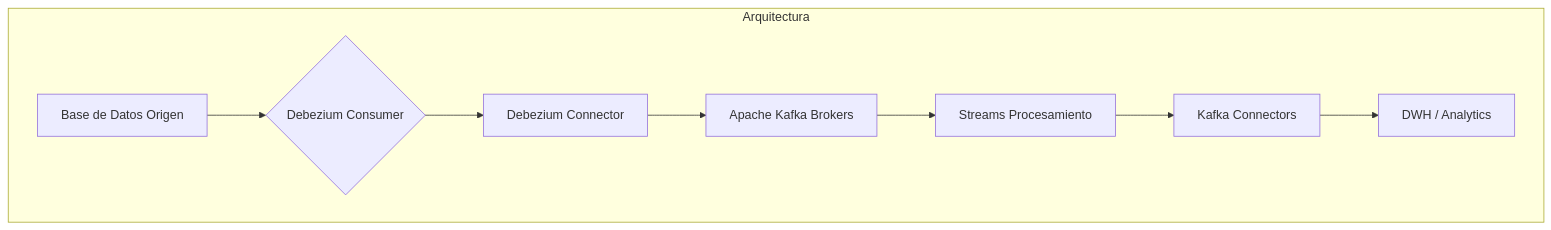
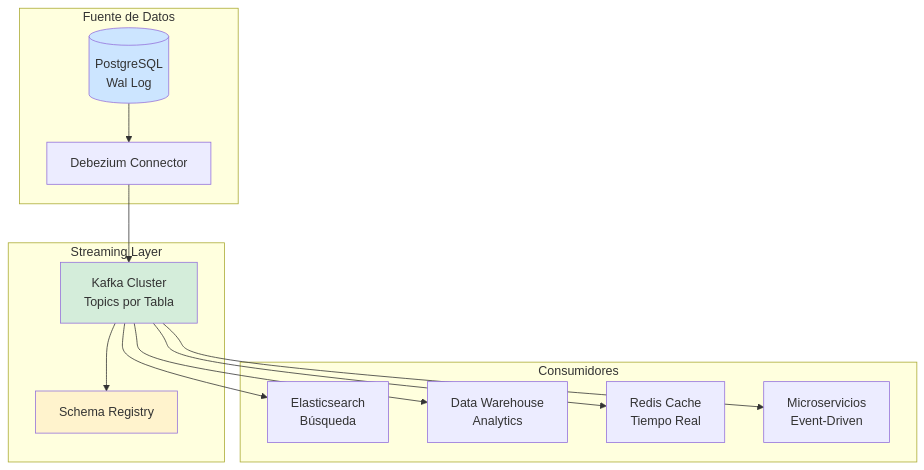
The first of 3 diagrams in _Review/cdc_con_debezium_y_kafka/cdc_con_debezium_y_kafka.md (Joaquinriosheredia/DAM-Java-Mastery), drawn with Mermaid before and after one commit. The commit also changed other lines of this file, not shown here.

Commit message:
cdc_con_debezium_y_kafka.md

````diff
--- a/_Review/cdc_con_debezium_y_kafka/cdc_con_debezium_y_kafka.md
+++ b/_Review/cdc_con_debezium_y_kafka/cdc_con_debezium_y_kafka.md
@@ -48,19 +74,31 @@
 ```mermaid
 graph TD
-    A[Base de Datos Origen] --> B{Debezium Consumer}
-    B --> C[Debezium Connector]
-    C --> D[Apache Kafka Brokers]
-    D --> E[Streams Procesamiento]
-    E --> F[Kafka Connectors]
-    F --> G[DWH / Analytics]
-
-    subgraph "Arquitectura"
-        A
-        B
-        C
-        D
-        E
-        F
-        G
+    subgraph "Fuente de Datos"
+        DB[(PostgreSQL<br/>Wal Log)]
+        DEBEZIUM[Debezium Connector]
     end
+    
+    subgraph "Streaming Layer"
+        KAFKA[Kafka Cluster<br/>Topics por Tabla]
+        SCHEMA[Schema Registry]
+    end
+    
+    subgraph "Consumidores"
+        ES[Elasticsearch<br/>Búsqueda]
+        DW[Data Warehouse<br/>Analytics]
+        CACHE[Redis Cache<br/>Tiempo Real]
+        APP[Microservicios<br/>Event-Driven]
+    end
+    
+    DB --> DEBEZIUM
+    DEBEZIUM --> KAFKA
+    KAFKA --> SCHEMA
+    KAFKA --> ES
+    KAFKA --> DW
+    KAFKA --> CACHE
+    KAFKA --> APP
+    
+    style DB fill:#cce5ff
+    style KAFKA fill:#d4edda
+    style SCHEMA fill:#fff3cd
 ```
````
